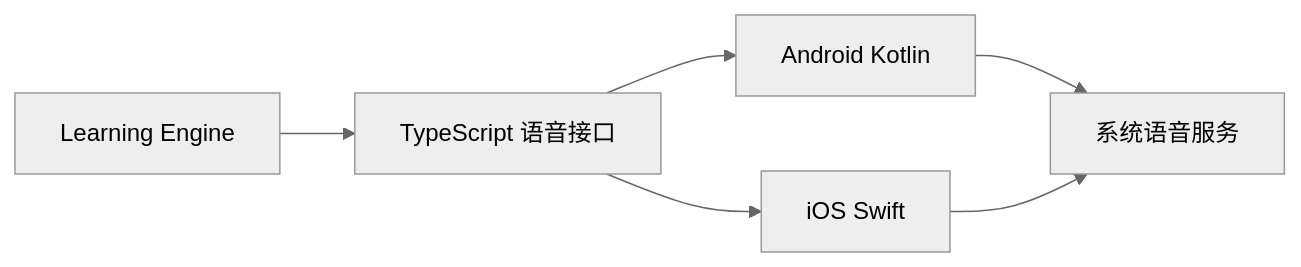
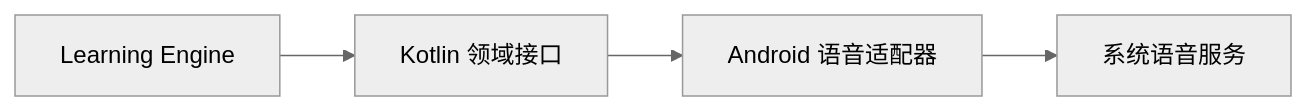
The first of 2 diagrams in docs/reference/speech-api.md (xhconceit/EchoCards), drawn with Mermaid (neutral theme) before and after one commit. The commit also changed other lines of this file and 61 other files, not shown here.

````diff
--- a/docs/reference/speech-api.md
+++ b/docs/reference/speech-api.md
@@ -21,14 +23,11 @@
 ```mermaid
 flowchart LR
     Engine[Learning Engine]
-    TS[TypeScript 语音接口]
-    Android[Android Kotlin]
-    IOS[iOS Swift]
+    Contract[Kotlin 领域接口]
+    Adapter[Android 语音适配器]
     Services[系统语音服务]
 
-    Engine --> TS
-    TS --> Android
-    TS --> IOS
-    Android --> Services
-    IOS --> Services
+    Engine --> Contract
+    Contract --> Adapter
+    Adapter --> Services
 ```
````
